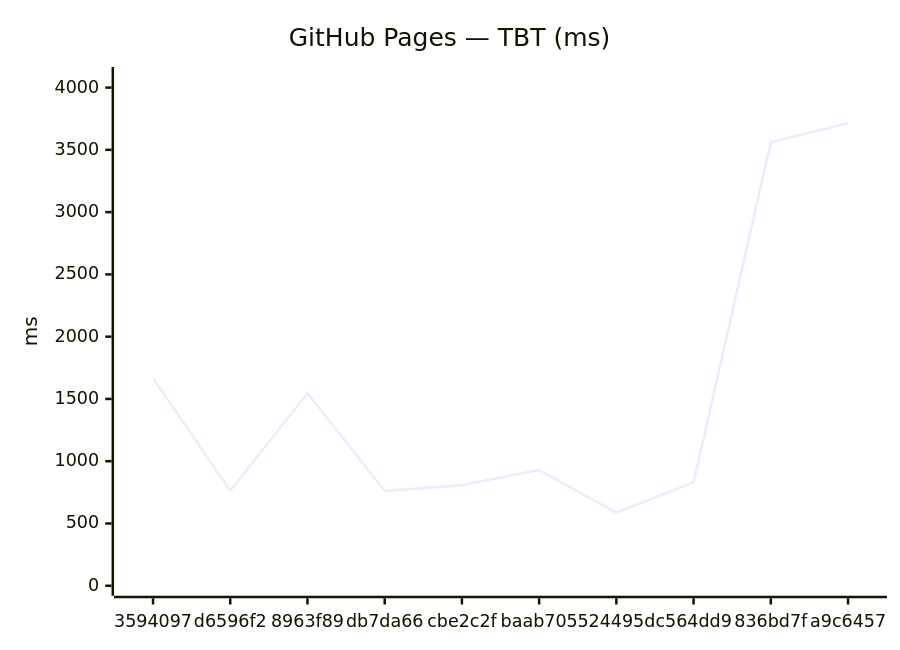
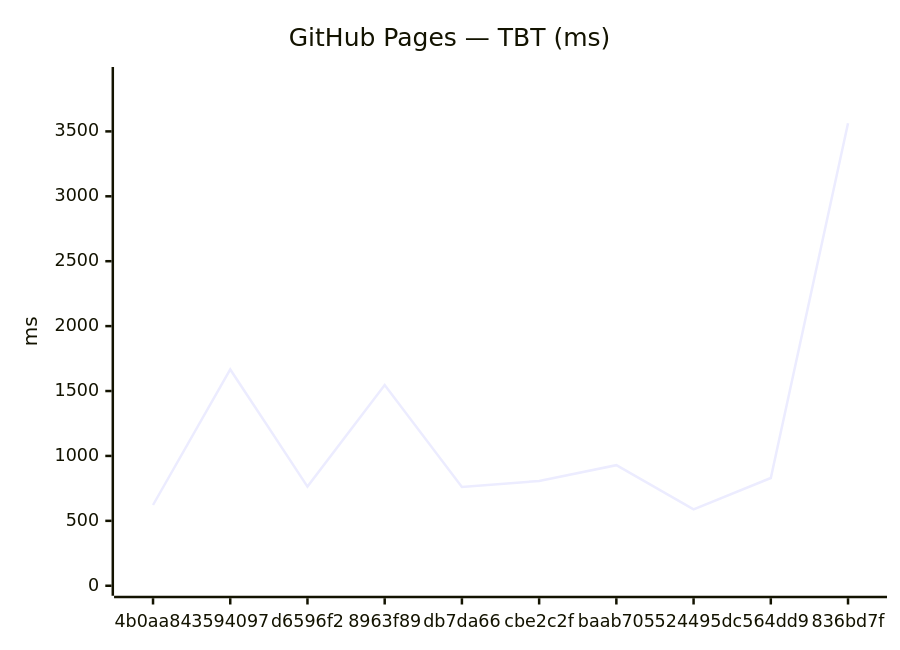
The fourth of 12 diagrams in benchmarks/compare.md (Metaheurist/Rianell), drawn with Mermaid before and after one commit. The commit also changed other lines of this file and 8 other files, not shown here.

````diff
--- a/benchmarks/compare.md
+++ b/benchmarks/compare.md
@@ -61,7 +61,7 @@
 ```mermaid
 xychart-beta
     title "GitHub Pages — TBT (ms)"
-    x-axis ["3594097", "d6596f2", "8963f89", "db7da66", "cbe2c2f", "baab705", "524495d", "c564dd9", "836bd7f", "a9c6457"]
-    y-axis "ms" 0 --> 4085
-    line [1666, 764, 1546, 761, 807, 929, 588, 830, 3562, 3713]
+    x-axis ["4b0aa84", "3594097", "d6596f2", "8963f89", "db7da66", "cbe2c2f", "baab705", "524495d", "c564dd9", "836bd7f"]
+    y-axis "ms" 0 --> 3919
+    line [622, 1666, 764, 1546, 761, 807, 929, 588, 830, 3562]
 ```
````
